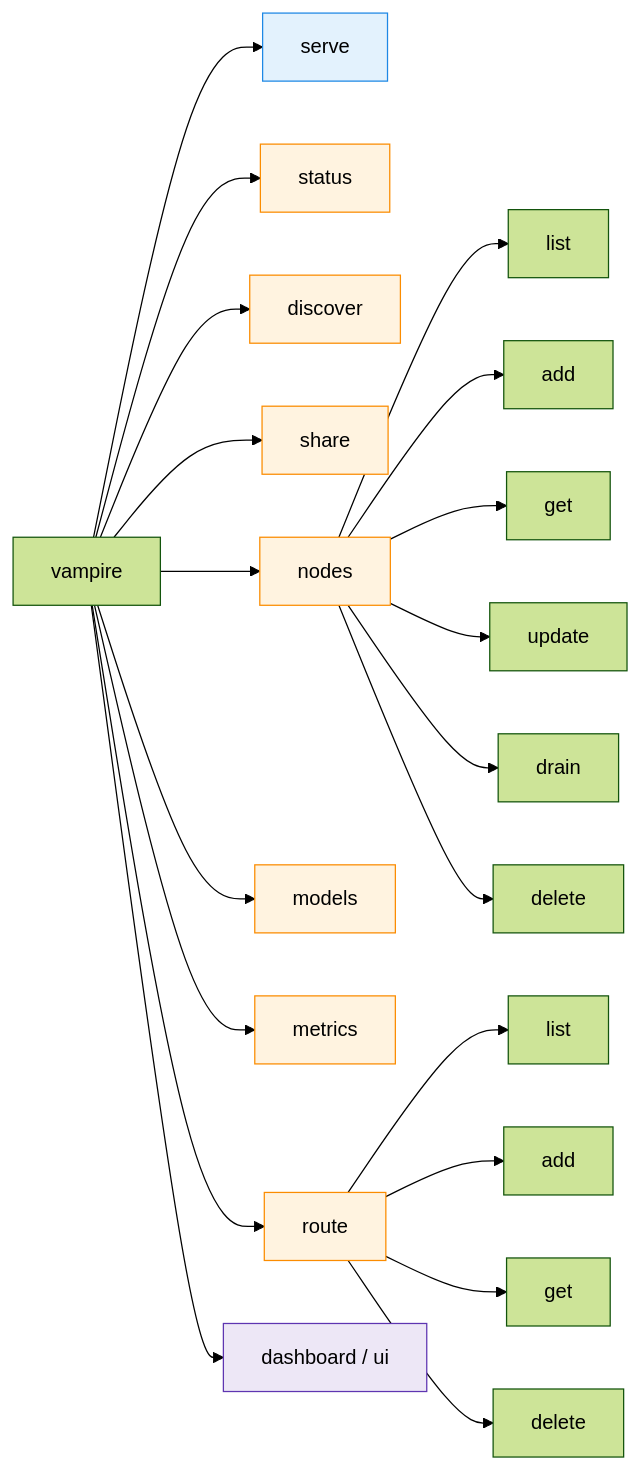
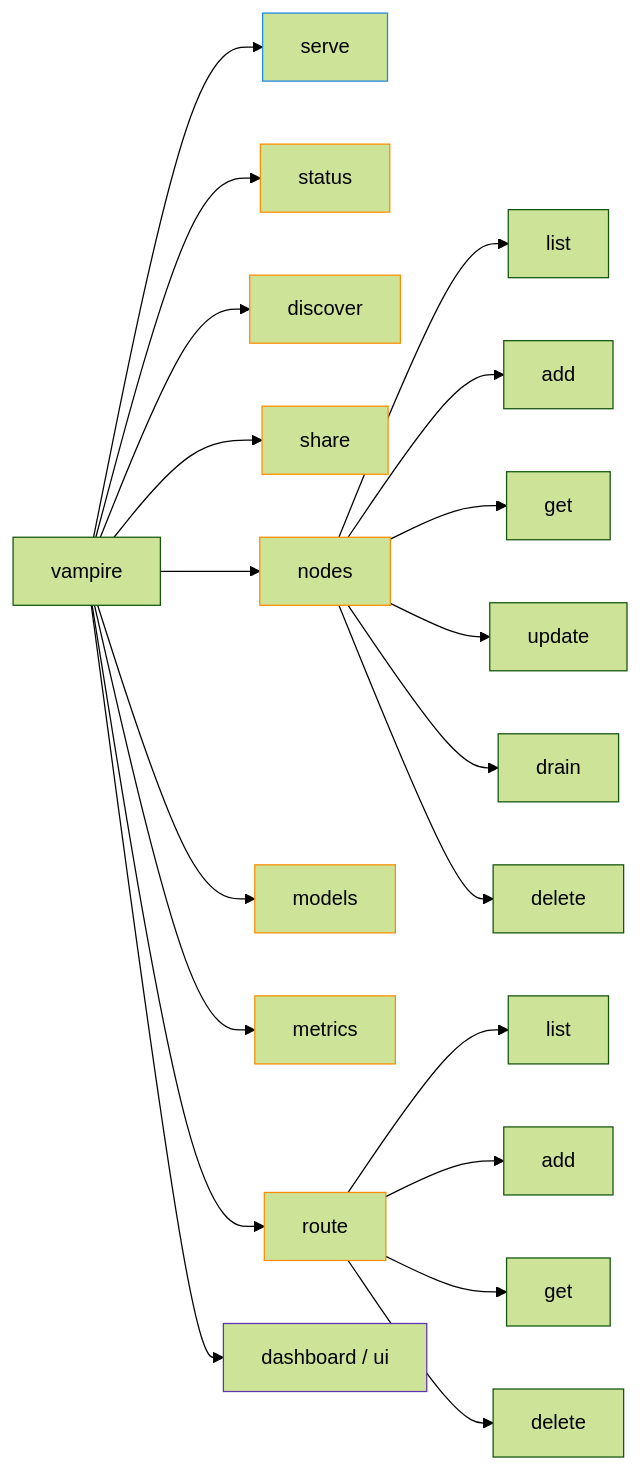
The diagram in docs/command/README.md (japer-technology/llm-vampire), drawn with Mermaid (forest theme) before and after one commit. The commit also changed 3 other files, not shown here.

Commit message:
docs: remove coloured backgrounds from mermaid diagrams

````diff
--- a/docs/command/README.md
+++ b/docs/command/README.md
@@ -22,31 +22,31 @@
 ```mermaid
 flowchart LR
     root["vampire"] --> serve["serve"]
     root --> status["status"]
     root --> discover["discover"]
     root --> share["share"]
     root --> nodes["nodes"]
     root --> models["models"]
     root --> metrics["metrics"]
     root --> route["route"]
     root --> dashboard["dashboard / ui"]
 
     nodes --> n_list["list"]
     nodes --> n_add["add"]
     nodes --> n_get["get"]
     nodes --> n_update["update"]
     nodes --> n_drain["drain"]
     nodes --> n_delete["delete"]
 
     route --> r_list["list"]
     route --> r_add["add"]
     route --> r_get["get"]
     route --> r_delete["delete"]
 
-    classDef local fill:#e3f2fd,stroke:#1e88e5;
-    classDef remote fill:#fff3e0,stroke:#fb8c00;
-    classDef utility fill:#ede7f6,stroke:#5e35b1;
+    classDef local stroke:#1e88e5;
+    classDef remote stroke:#fb8c00;
+    classDef utility stroke:#5e35b1;
     class serve local;
     class status,discover,share,nodes,models,metrics,route remote;
     class dashboard utility;
 ```
````
